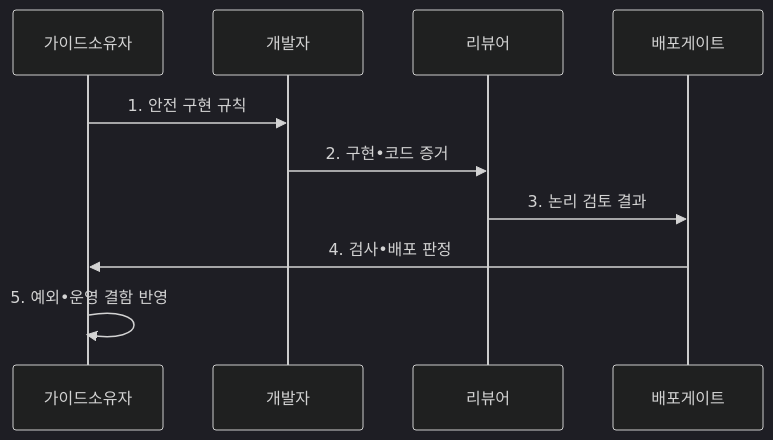
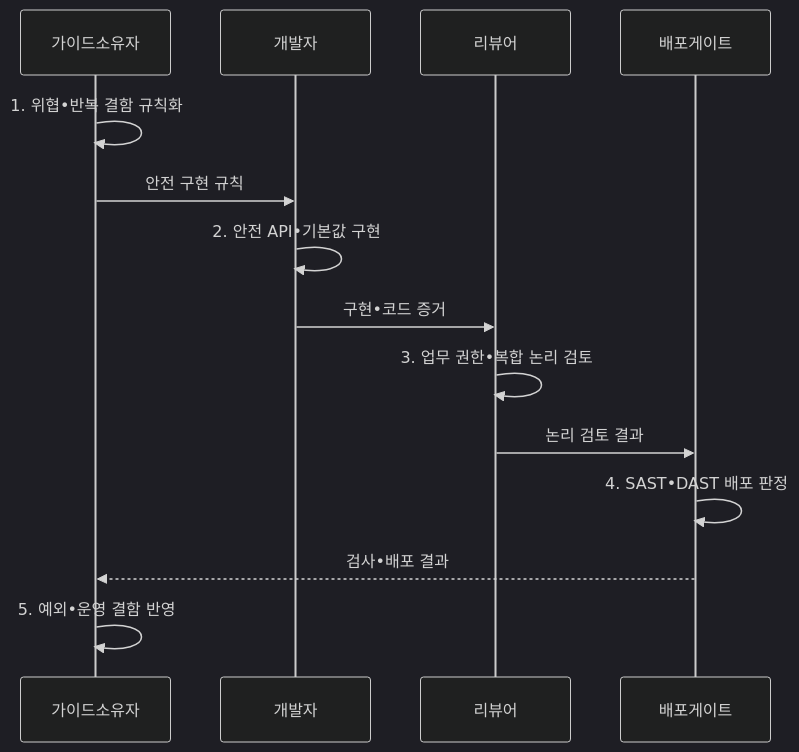
One commit to agnusdei1207/knowledge-base changed the second of 2 diagrams in src/content/docs/notes/05-security/051_secure_coding.md. Above: the diagram before and after it, drawn with Mermaid (dark theme). The commit also changed other lines of this file and 19 other files, not shown here.

````diff
--- a/src/content/docs/notes/05-security/051_secure_coding.md
+++ b/src/content/docs/notes/05-security/051_secure_coding.md
@@ -98,12 +98,16 @@
 ```mermaid
 sequenceDiagram
     participant 가이드소유자
     participant 개발자
     participant 리뷰어
     participant 배포게이트
-    가이드소유자->>개발자: 1. 안전 구현 규칙
-    개발자->>리뷰어: 2. 구현•코드 증거
-    리뷰어->>배포게이트: 3. 논리 검토 결과
-    배포게이트->>가이드소유자: 4. 검사•배포 판정
+    가이드소유자->>가이드소유자: 1. 위협•반복 결함 규칙화
+    가이드소유자->>개발자: 안전 구현 규칙
+    개발자->>개발자: 2. 안전 API•기본값 구현
+    개발자->>리뷰어: 구현•코드 증거
+    리뷰어->>리뷰어: 3. 업무 권한•복합 논리 검토
+    리뷰어->>배포게이트: 논리 검토 결과
+    배포게이트->>배포게이트: 4. SAST•DAST 배포 판정
+    배포게이트-->>가이드소유자: 검사•배포 결과
     가이드소유자->>가이드소유자: 5. 예외•운영 결함 반영
 ```
````
